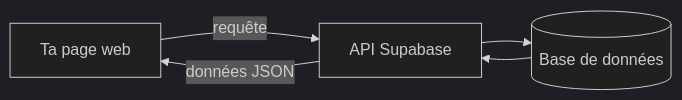
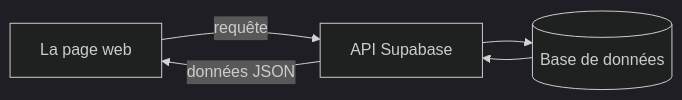
The third of 3 diagrams in accueil.md (Selimmmm/attam-web-intro), drawn with Mermaid (dark theme) before and after one commit. The commit also changed other lines of this file and 7 other files, not shown here.

````diff
--- a/accueil.md
+++ b/accueil.md
@@ -41,7 +40,7 @@
 ```mermaid
 flowchart LR
-  Page[Ta page web] -->|requête| API[API Supabase]
+  Page[La page web] -->|requête| API[API Supabase]
   API --> BDD[(Base de données)]
   BDD --> API
   API -->|données JSON| Page
 ```
````
